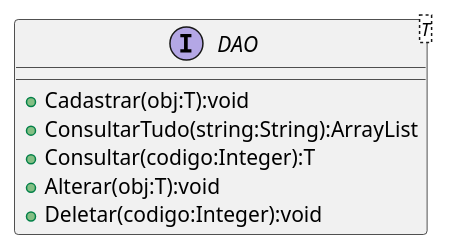
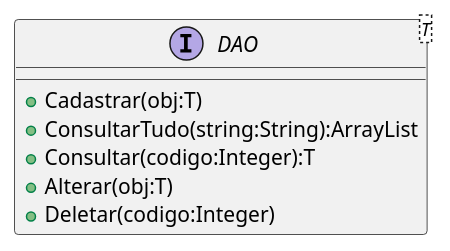
One commit to joseguilhermeromano/UFABC changed the diagram in src/main/java/br/com/ifsp/lds/dao/DAO.puml. Above: the diagram before and after it, drawn with PlantUML. The commit also changed 13 other files, not shown here.

```diff
--- a/src/main/java/br/com/ifsp/lds/dao/DAO.puml
+++ b/src/main/java/br/com/ifsp/lds/dao/DAO.puml
@@ -1,10 +1,10 @@
 @startuml
 
 interface DAO <T> {
-    + Cadastrar(obj:T):void
+    + Cadastrar(obj:T)
     + ConsultarTudo(string:String):ArrayList
     + Consultar(codigo:Integer):T
-    + Alterar(obj:T):void
-    + Deletar(codigo:Integer):void
+    + Alterar(obj:T)
+    + Deletar(codigo:Integer)
 }
 @enduml
```
